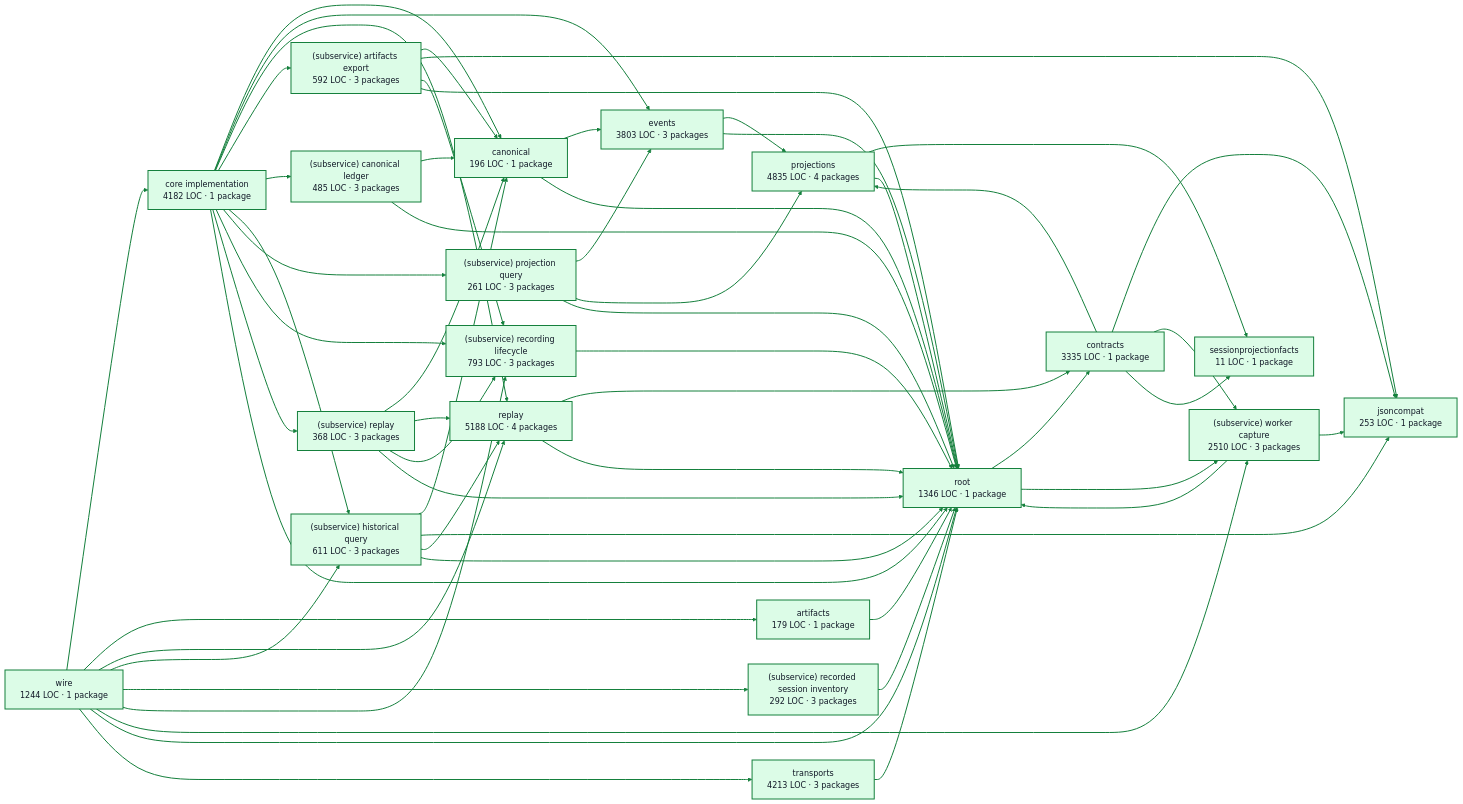
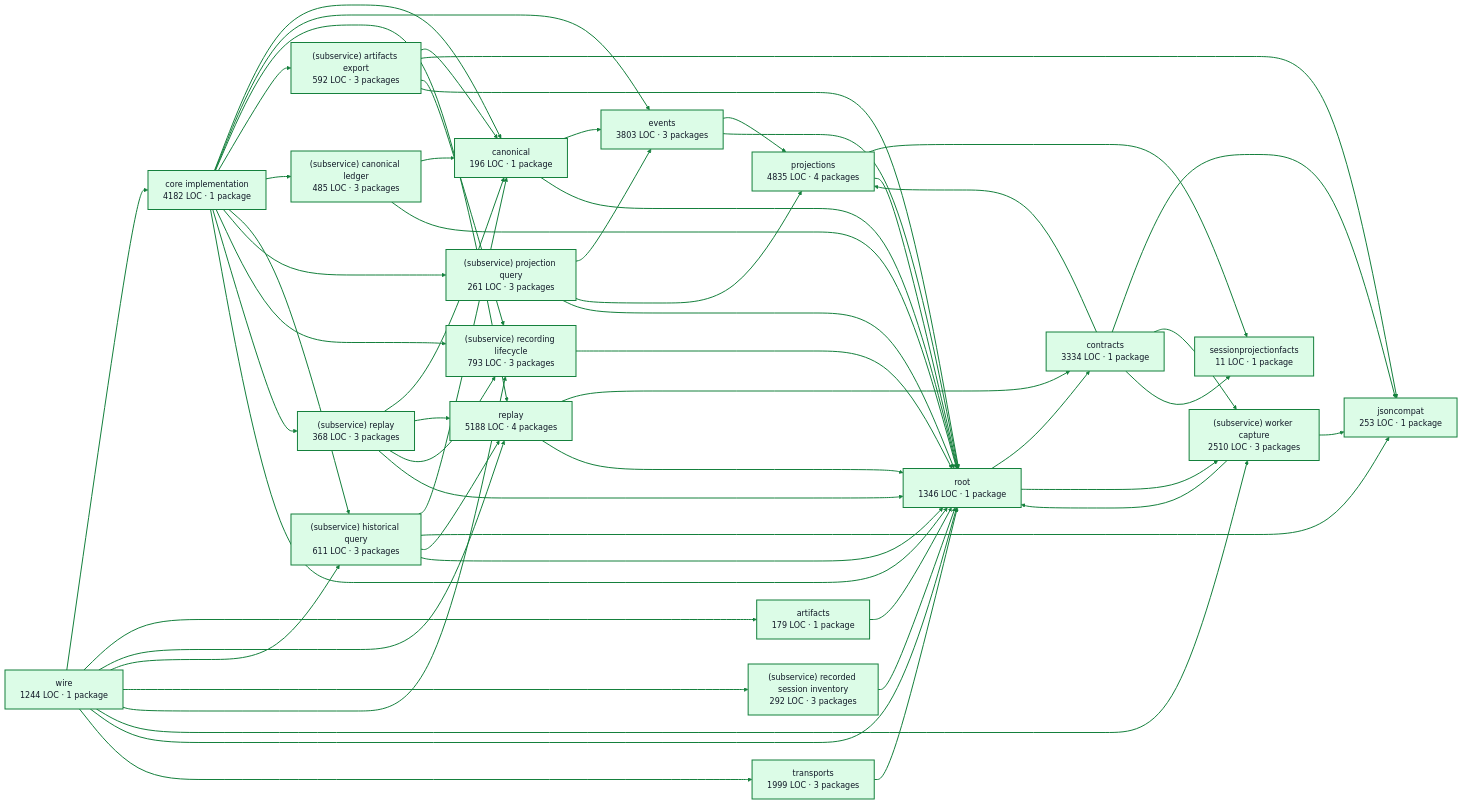
Before and after one commit to portpowered/you-agent-factory: the diagram in docs/architecture/visualizations/services/recordings.md, drawn with Mermaid. The commit also changed other lines of this file and 20 other files, not shown here.

Commit message:
docs: refresh backend architecture visualizations

```diff
--- a/docs/architecture/visualizations/services/recordings.md
+++ b/docs/architecture/visualizations/services/recordings.md
@@ -13,7 +13,7 @@
   p0["core implementation<br/>4182 LOC · 1 package"]
   p1["artifacts<br/>179 LOC · 1 package"]
   p2["canonical<br/>196 LOC · 1 package"]
-  p3["contracts<br/>3335 LOC · 1 package"]
+  p3["contracts<br/>3334 LOC · 1 package"]
   p4["events<br/>3803 LOC · 3 packages"]
   p5["jsoncompat<br/>253 LOC · 1 package"]
   p6["projections<br/>4835 LOC · 4 packages"]
@@ -28,7 +28,7 @@
   p15["(subservice) worker capture<br/>2510 LOC · 3 packages"]
   p16["sessionprojectionfacts<br/>11 LOC · 1 package"]
   p17["root<br/>1346 LOC · 1 package"]
-  p18["transports<br/>4213 LOC · 3 packages"]
+  p18["transports<br/>1999 LOC · 3 packages"]
   p19["wire<br/>1244 LOC · 1 package"]
   p0 --> p2
   p0 --> p4
```
